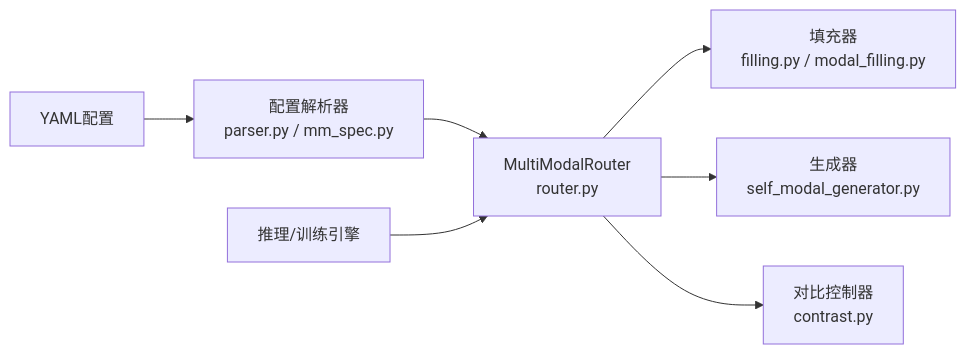
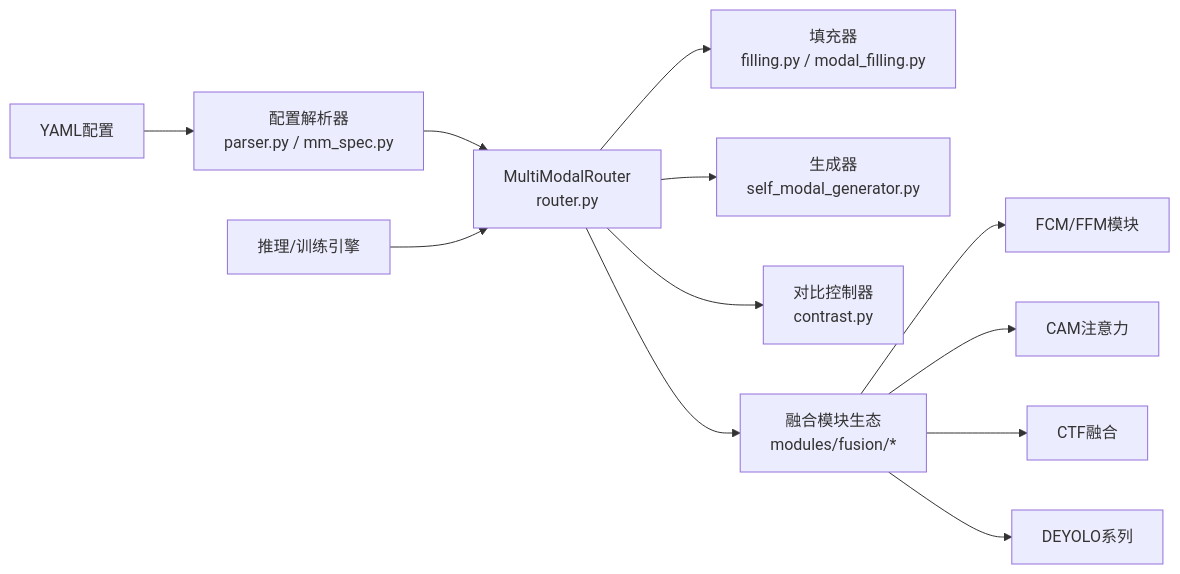
One commit to 2208754827/MM-IMPROVE changed the seventh of 7 diagrams in .qoder/repowiki/zh/content/核心组件详解/核心组件详解.md. Above: the diagram before and after it, drawn with Mermaid. The commit also changed other lines of this file and 151 other files, not shown here.

````diff
--- a/.qoder/repowiki/zh/content/核心组件详解/核心组件详解.md
+++ b/.qoder/repowiki/zh/content/核心组件详解/核心组件详解.md
@@ -296,9 +472,14 @@
 ```mermaid
 graph LR
 YAML["YAML配置"] --> Parser["配置解析器<br/>parser.py / mm_spec.py"]
 Parser --> Router["MultiModalRouter<br/>router.py"]
 Router --> Filling["填充器<br/>filling.py / modal_filling.py"]
 Router --> Generator["生成器<br/>self_modal_generator.py"]
 Router --> Contrast["对比控制器<br/>contrast.py"]
+Router --> Fusion["融合模块生态<br/>modules/fusion/*"]
+Fusion --> FCM["FCM/FFM模块"]
+Fusion --> CAM["CAM注意力"]
+Fusion --> CTF["CTF融合"]
+Fusion --> DEYOLO["DEYOLO系列"]
 Engine["推理/训练引擎"] --> Router
 ```
````
